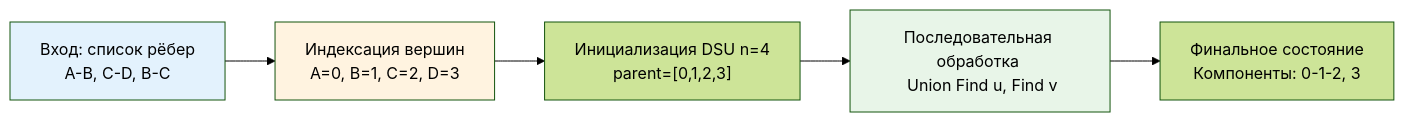
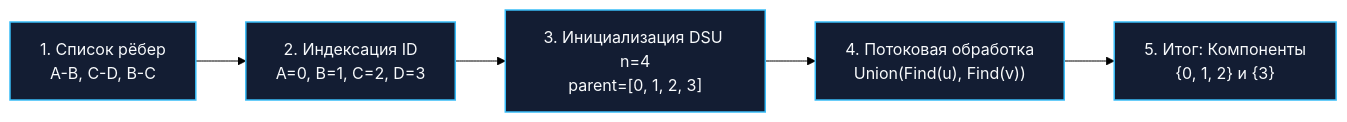
One commit to UnrealTemplier/go-textbook changed the diagram in sources/20. Алгоритмы и структуры данных (DSA) на Go/11. Графы/10. Union Find на графах.md. Above: the diagram before and after it, drawn with Mermaid (forest theme). The commit also changed other lines of this file, not shown here.

Commit message:
feat(module-20): editorial rewrite of 11.10 Union Find on graphs in Kernighan style

````diff
--- a/sources/20. Алгоритмы и структуры данных (DSA) на Go/11. Графы/10. Union Find на графах.md
+++ b/sources/20. Алгоритмы и структуры данных (DSA) на Go/11. Графы/10. Union Find на графах.md
@@ -25,11 +35,9 @@
 ```mermaid
 flowchart LR
-    Raw["Вход: список рёбер <br> A-B, C-D, B-C"] --> Map["Индексация вершин <br> A=0, B=1, C=2, D=3"]
-    Map --> DSU["Инициализация DSU n=4 <br> parent=[0,1,2,3]"]
-    DSU --> Process["Последовательная обработка <br> Union Find u, Find v"]
-    Process --> State["Финальное состояние <br> Компоненты: 0-1-2, 3"]
-    
-    style Raw fill:#e3f2fd
-    style Map fill:#fff3e0
-    style Process fill:#e8f5e8
+    Raw["1. Список рёбер<br>A-B, C-D, B-C"] --> Map["2. Индексация ID<br>A=0, B=1, C=2, D=3"]
+    Map --> DSU["3. Инициализация DSU n=4<br>parent=[0, 1, 2, 3]"]
+    DSU --> Process["4. Потоковая обработка<br>Union(Find(u), Find(v))"]
+    Process --> State["5. Итог: Компоненты<br>{0, 1, 2} и {3}"]
+
+    classDef default fill:#131d33,stroke:#38bdf8,stroke-width:1.5px,color:#f8fafc;
 ```
````
